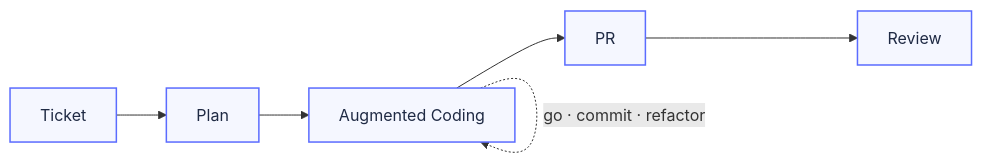
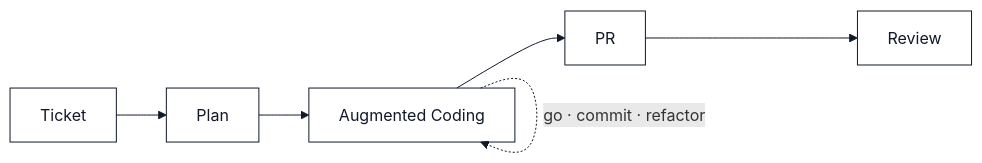
Before and after one commit to currenjin/currenjin.github.io: the diagram in _wiki/augmented-coding.md, drawn with Mermaid.

Commit message:
Docs: Apply transparent Mermaid style with line-only nodes

````diff
--- a/_wiki/augmented-coding.md
+++ b/_wiki/augmented-coding.md
@@ -59,8 +59,9 @@
 ```mermaid
 flowchart LR
   T[Ticket] --> P[Plan] --> A[Augmented Coding] --> PR[PR] --> R[Review]
   A -. go · commit · refactor .-> A
 
-  classDef core fill:#f5f7ff,stroke:#5b6cff,stroke-width:1.5px,color:#1f2a44;
+  classDef core fill:transparent,stroke:#111827,stroke-width:1px,color:#111827;
   class T,P,A,PR,R core;
+  linkStyle default stroke:#111827,stroke-width:1px;
 ```
````
